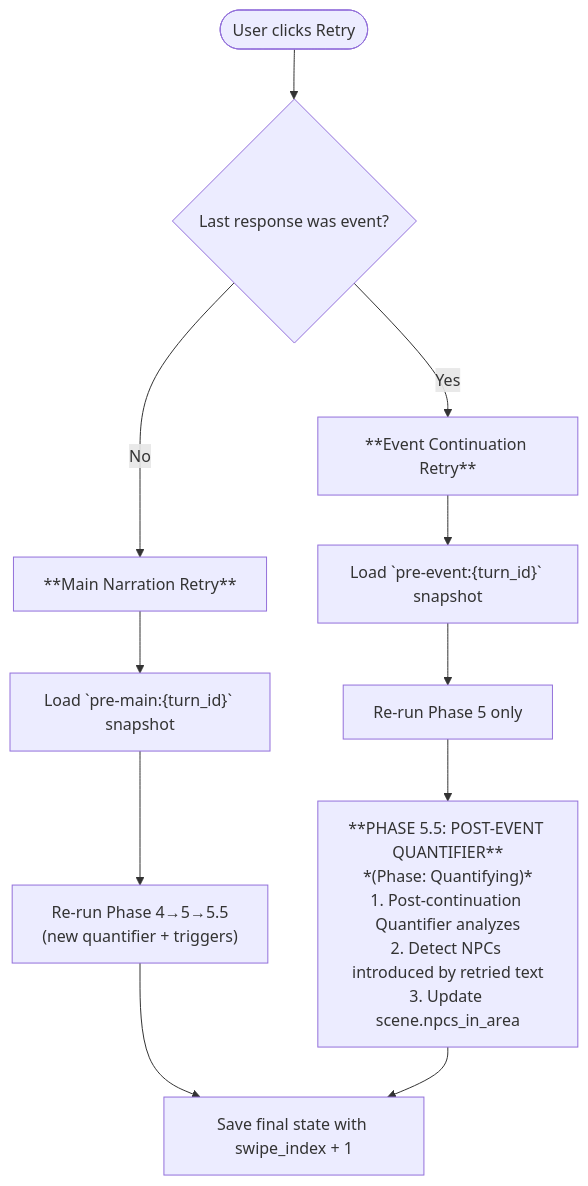
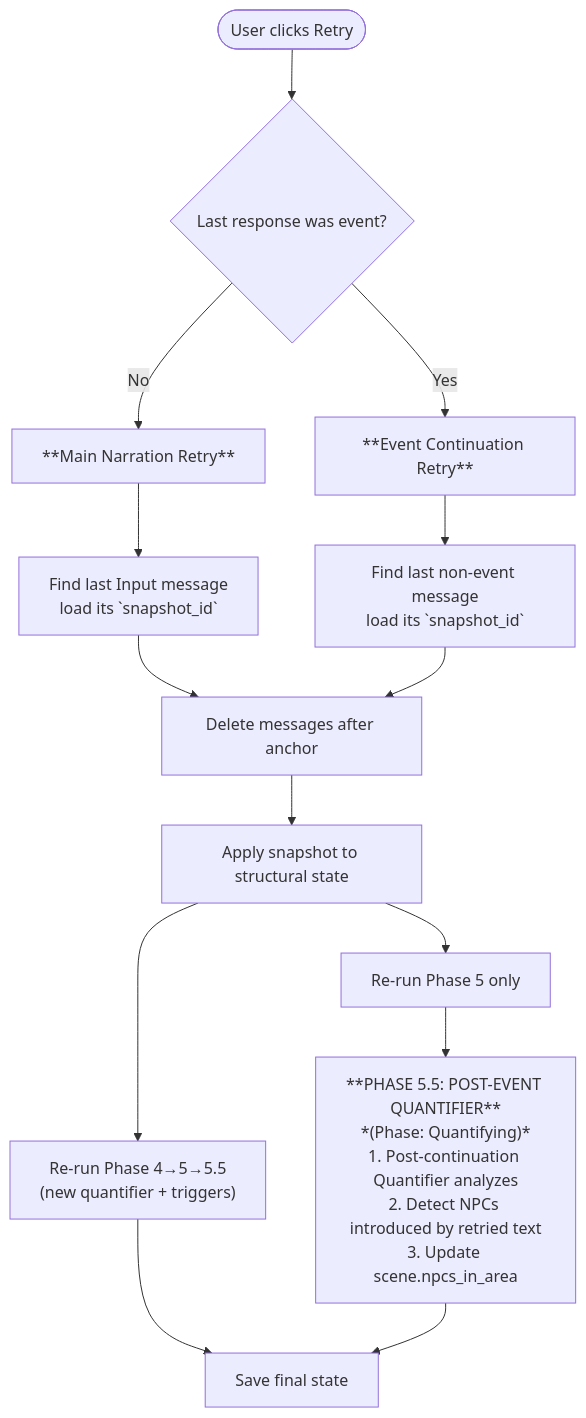
Before and after one commit to notsonormal/chronicler-engine: the third of 3 diagrams in chronicler_engine/docs/system/game_flow.md, drawn with Mermaid. The commit also changed other lines of this file and 111 other files, not shown here.

````diff
--- a/chronicler_engine/docs/system/game_flow.md
+++ b/chronicler_engine/docs/system/game_flow.md
@@ -143,24 +143,29 @@
 ```mermaid
 flowchart TD
     Start(["User clicks Retry"])
     Check{Last response was event?}
     Main["**Main Narration Retry**"]
     Event["**Event Continuation Retry**"]
-    PreMain["Load `pre-main:{turn_id}` snapshot"]
-    PreEvent["Load `pre-event:{turn_id}` snapshot"]
+    FindMain["Find last Input message<br>load its `snapshot_id`"]
+    FindEvent["Find last non-event message<br>load its `snapshot_id`"]
+    Pop["Delete messages after anchor"]
+    Apply["Apply snapshot to structural state"]
     ReGenMain["Re-run Phase 4→5→5.5<br>(new quantifier + triggers)"]
     ReGenEvent["Re-run Phase 5 only"]
     Phase55["**PHASE 5.5: POST-EVENT QUANTIFIER**<br>*(Phase: Quantifying)*<br>1. Post-continuation Quantifier analyzes<br>2. Detect NPCs introduced by retried text<br>3. Update scene.npcs_in_area"]
-    Save["Save final state with swipe_index + 1"]
+    Save["Save final state"]
 
     Start --> Check
     Check -->|No| Main
     Check -->|Yes| Event
-    Main --> PreMain
-    Event --> PreEvent
-    PreMain --> ReGenMain
-    PreEvent --> ReGenEvent
+    Main --> FindMain
+    Event --> FindEvent
+    FindMain --> Pop
+    FindEvent --> Pop
+    Pop --> Apply
+    Apply --> ReGenMain
+    Apply --> ReGenEvent
     ReGenMain --> Save
     ReGenEvent --> Phase55
     Phase55 --> Save
 ```
````
